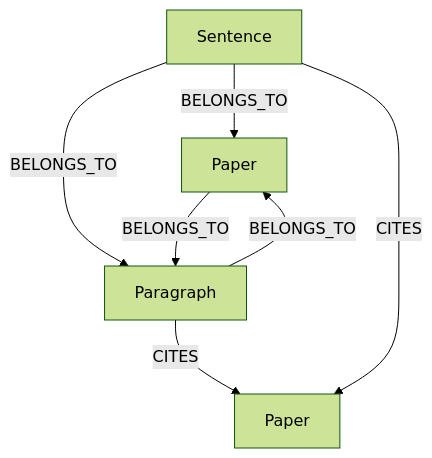
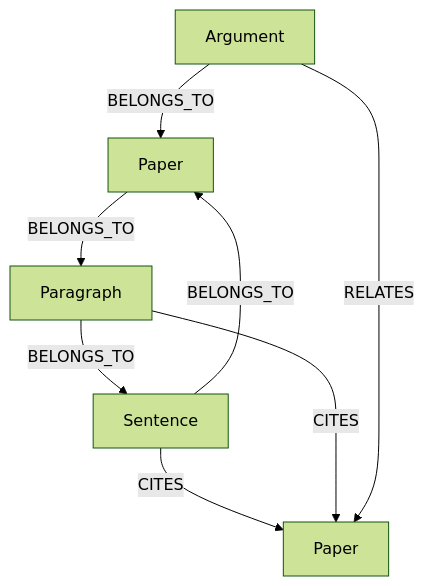
Before and after one commit to Tiresiasel/CiteWeave: the diagram in docs/data_structures/README.md, drawn with Mermaid (forest theme). The commit also changed other lines of this file and 45 other files, not shown here.

````diff
--- a/docs/data_structures/README.md
+++ b/docs/data_structures/README.md
@@ -95,13 +94,16 @@
 ```mermaid
 graph TD
   Paper1[Paper]
   Para1[Paragraph]
   Sent1[Sentence]
   Paper2[Paper]
+  Arg1[Argument]
+  
   Paper1 -->|BELONGS_TO| Para1
-  Para1 -->|BELONGS_TO| Paper1
-  Sent1 -->|BELONGS_TO| Para1
+  Para1 -->|BELONGS_TO| Sent1
   Sent1 -->|BELONGS_TO| Paper1
   Sent1 -->|CITES| Paper2
   Para1 -->|CITES| Paper2
+  Arg1 -->|BELONGS_TO| Paper1
+  Arg1 -->|RELATES| Paper2
 ```
````
